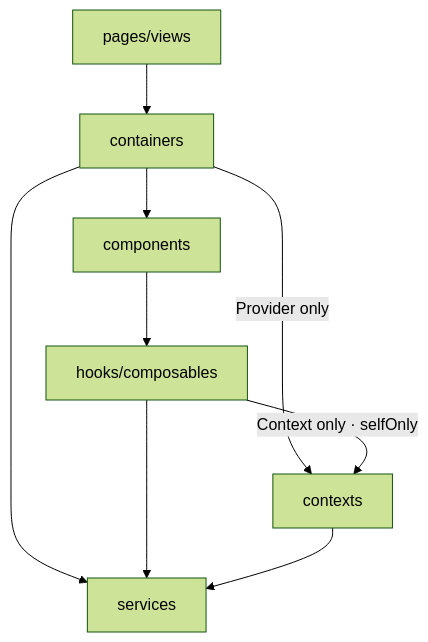
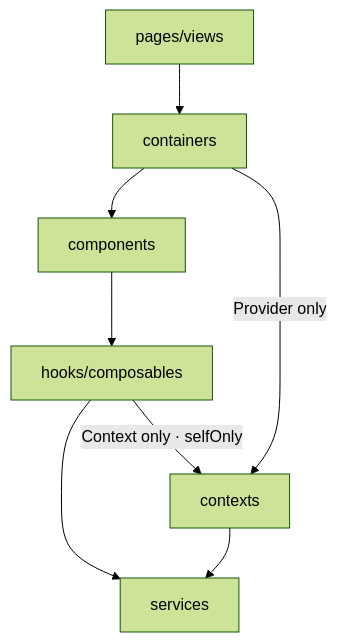
The diagram in docs/philosophy/layers.md (taco3064/blueprint), drawn with Mermaid (forest theme) before and after one commit. The commit also changed other lines of this file and 1 other file, not shown here.

````diff
--- a/docs/philosophy/layers.md
+++ b/docs/philosophy/layers.md
@@ -14,11 +13,10 @@
 ```mermaid
 flowchart TD
   pages["pages/views"] --> containers
   containers --> components
   components --> hooks["hooks/composables"]
+  hooks -->|Context only · selfOnly| contexts
   containers -->|Provider only| contexts
-  hooks -->|Context only · selfOnly| contexts
-  containers --> services
   hooks --> services
   contexts --> services
 ```
````
